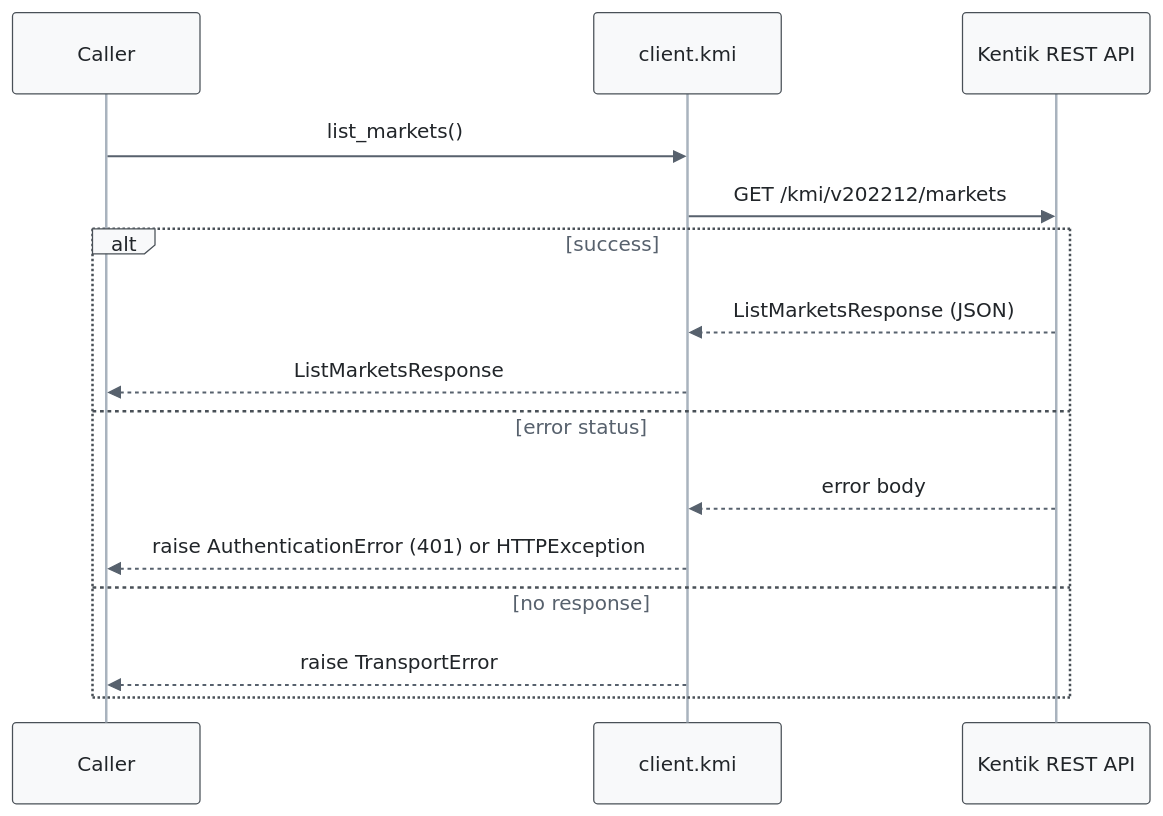
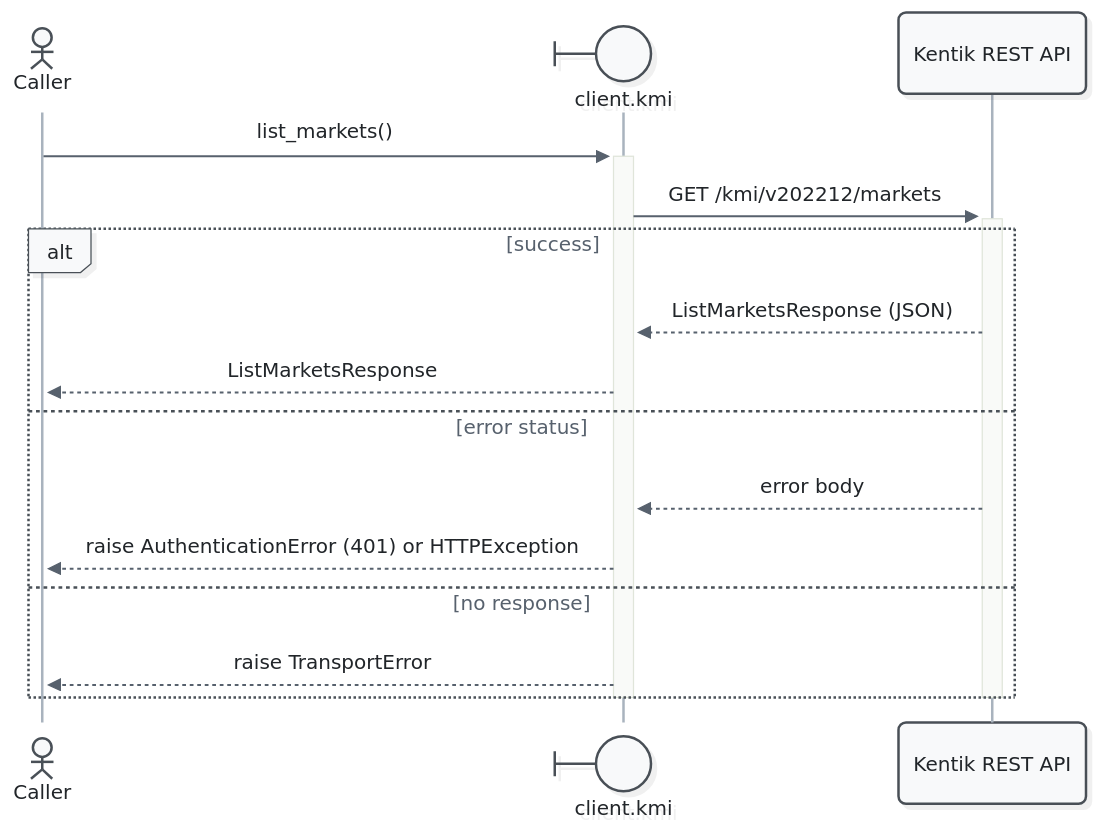
Before and after one commit to alexdearaujo/community_sdk_python: the ninth of 11 diagrams in docs/sphinx/services/kmi.md, drawn with Mermaid. The commit also changed other lines of this file and 52 other files, not shown here.

First line of the commit message:
docs: Mermaid 12 sequence diagrams with participant types and path colors

````diff
--- a/docs/sphinx/services/kmi.md
+++ b/docs/sphinx/services/kmi.md
@@ -368,19 +388,21 @@
 ```mermaid
-%%{init: {"theme": "base", "fontFamily": "ui-monospace, SFMono-Regular, Menlo, monospace", "themeVariables": {"fontFamily": "ui-monospace, SFMono-Regular, Menlo, monospace", "primaryColor": "#f8f9fa", "primaryBorderColor": "#495057", "primaryTextColor": "#212529", "textColor": "#212529", "lineColor": "#77818c", "edgeLabelBackground": "#ffffff", "actorBkg": "#f8f9fa", "actorBorder": "#495057", "actorTextColor": "#212529", "actorLineColor": "#a9b3be", "signalColor": "#57616d", "signalTextColor": "#212529", "labelBoxBkgColor": "#f8f9fa", "labelBoxBorderColor": "#495057", "labelTextColor": "#212529", "loopTextColor": "#57616d", "noteBkgColor": "#fff9db", "noteBorderColor": "#f08c00", "noteTextColor": "#a35a00"}, "flowchart": {"curve": "step", "nodeSpacing": 30, "rankSpacing": 70, "wrappingWidth": 400}}}%%
+%%{init: {"theme": "redux", "look": "neo", "layout": "dagre", "fontFamily": "ui-monospace, SFMono-Regular, Menlo, monospace", "themeVariables": {"fontFamily": "ui-monospace, SFMono-Regular, Menlo, monospace", "primaryColor": "#f8f9fa", "primaryBorderColor": "#495057", "primaryTextColor": "#212529", "textColor": "#212529", "lineColor": "#77818c", "edgeLabelBackground": "#ffffff", "actorBkg": "#f8f9fa", "actorBorder": "#495057", "actorTextColor": "#212529", "actorLineColor": "#a9b3be", "signalColor": "#57616d", "signalTextColor": "#212529", "labelBoxBkgColor": "#f8f9fa", "labelBoxBorderColor": "#495057", "labelTextColor": "#212529", "loopTextColor": "#57616d", "noteBkgColor": "#fff9db", "noteBorderColor": "#f08c00", "noteTextColor": "#a35a00"}, "sequence": {"activationWidth": 16}, "flowchart": {"curve": "step", "nodeSpacing": 30, "rankSpacing": 70, "wrappingWidth": 400}}}%%
 sequenceDiagram
-    participant C as Caller
-    participant W as client.kmi
+    actor C as Caller
+    participant W@{ "type": "boundary" } as client.kmi
     participant API as Kentik REST API
 
-    C->>W: list_markets()
-    W->>API: GET /kmi/v202212/markets
+    C->>+W: list_markets()
+    W->>+API: GET /kmi/v202212/markets
     alt success
         API-->>W: ListMarketsResponse (JSON)
         W-->>C: ListMarketsResponse
     else error status
         API-->>W: error body
         W-->>C: raise AuthenticationError (401) or HTTPException
     else no response
         W-->>C: raise TransportError
     end
+    deactivate API
+    deactivate W
 ```
````
